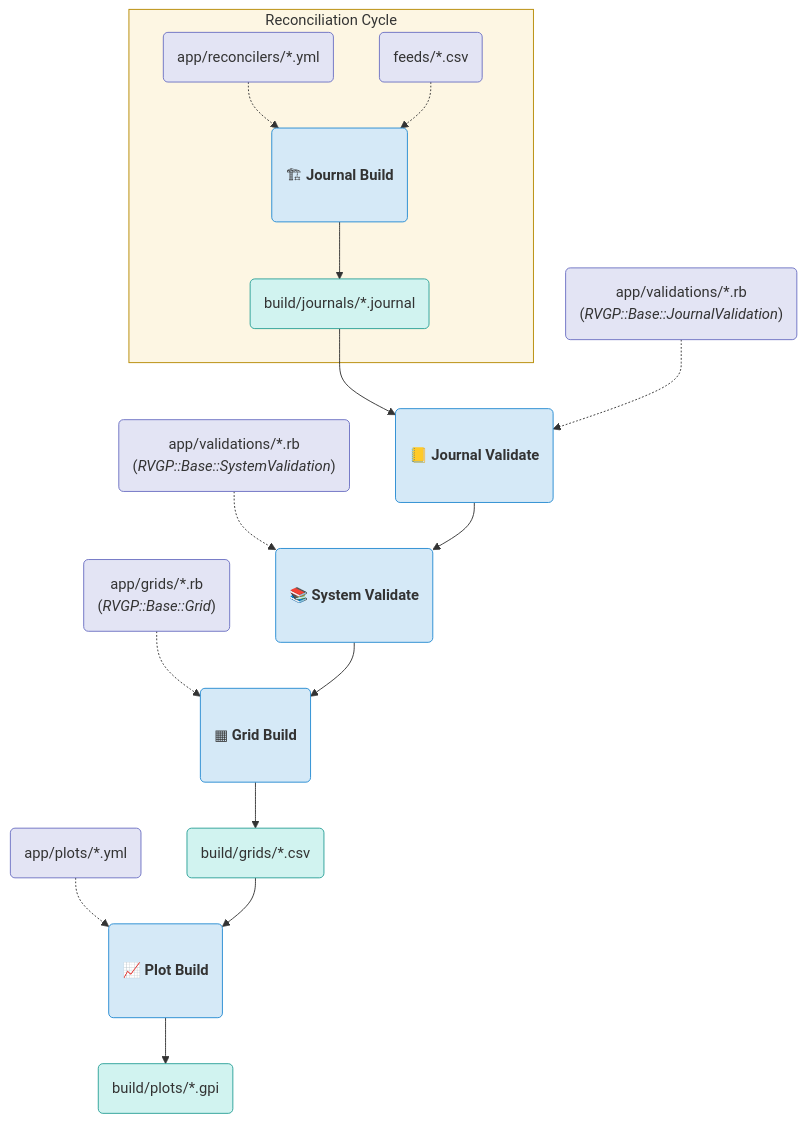
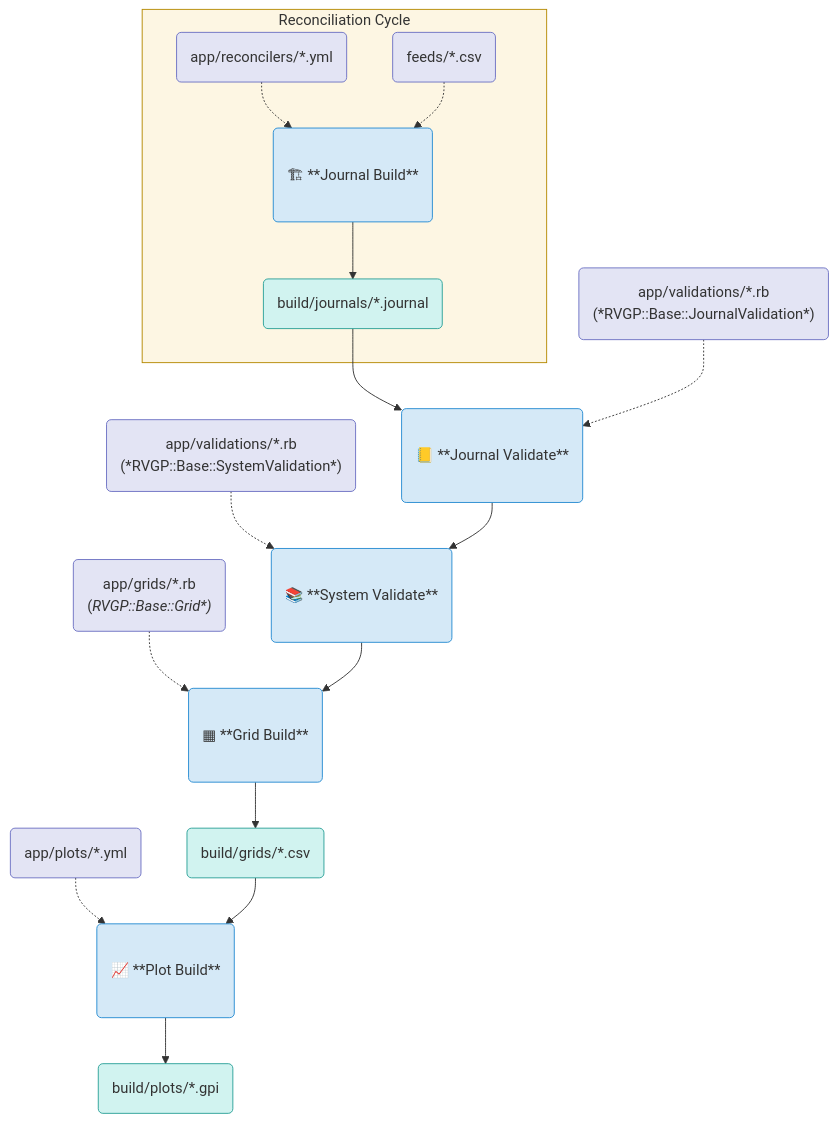
Before and after one commit to brighton36/rvgp: the diagram in README.md, drawn with Mermaid. The commit also changed other lines of this file, not shown here.

````diff
--- a/README.md
+++ b/README.md
@@ -167,38 +167,38 @@
 ```mermaid
   graph TD;
     subgraph Reconciliation[Reconciliation Cycle]
-      Reconcilers("app/reconcilers/*.yml").->JournalBuild("<br>🏗 <b>Journal Build</b><br><br>");
+      Reconcilers("app/reconcilers/*.yml").->JournalBuild("<br>🏗 **Journal Build**<br><br>");
       Feeds("feeds/*.csv").->JournalBuild;
       JournalBuild-->JournalOutput("build/journals/*.journal");
     end
     JournalOutput-->JValidations;
-    JValidationInput("app/validations/*.rb<br>(<i>RVGP::Base::JournalValidation</i>)").->JValidations;
-    JValidations("<br>📒 <b>Journal Validate</b><br><br>");
-    SValidationInput("app/validations/*.rb<br>(<i>RVGP::Base::SystemValidation</i>)").->SValidations;
-    JValidations-->SValidations("<br>📚 <b>System Validate</b><br><br>");
-    GridInput("app/grids/*.rb<br>(<i>RVGP::Base::Grid</i>)").->GridBuild("<br>▦ <b>Grid Build</b><br><br>");
+    JValidationInput("app/validations/*.rb<br>(*RVGP::Base::JournalValidation*)").->JValidations;
+    JValidations("<br>📒 **Journal Validate**<br><br>");
+    SValidationInput("app/validations/*.rb<br>(*RVGP::Base::SystemValidation*)").->SValidations;
+    JValidations-->SValidations("<br>📚 **System Validate**<br><br>");
+    GridInput("app/grids/*.rb<br>(<i>RVGP::Base::Grid*)").->GridBuild("<br>▦ **Grid Build**<br><br>");
     SValidations-->GridBuild;
     GridBuild-->GridOutput("build/grids/*.csv");
-    PlotInput("app/plots/*.yml").->PlotBuild("<br>📈 <b>Plot Build</b><br><br>");
+    PlotInput("app/plots/*.yml").->PlotBuild("<br>📈 **Plot Build**<br><br>");
     GridOutput-->PlotBuild;
     PlotBuild-->PlotOutput("build/plots/*.gpi");
     
     style Reconciliation fill:#fdf6e3,stroke:#b58900;
 
     style Reconcilers fill:#e3e4f4,stroke:#6c71c4;
     style Feeds fill:#e3e4f4,stroke:#6c71c4;
     style JValidationInput fill:#e3e4f4,stroke:#6c71c4;
     style SValidationInput fill:#e3e4f4,stroke:#6c71c4;
     style GridInput fill:#e3e4f4,stroke:#6c71c4;
     style PlotInput fill:#e3e4f4,stroke:#6c71c4;
     
     style JournalOutput fill:#d1f3f0,stroke:#2aa198;
     style GridOutput fill:#d1f3f0,stroke:#2aa198;
     style PlotOutput fill:#d1f3f0,stroke:#2aa198;
 
     style JournalBuild fill:#d5e9f7,stroke:#268bd2;
     style JValidations fill:#d5e9f7,stroke:#268bd2;
     style SValidations fill:#d5e9f7,stroke:#268bd2;
     style GridBuild fill:#d5e9f7,stroke:#268bd2;
     style PlotBuild fill:#d5e9f7,stroke:#268bd2;
 ```
````
